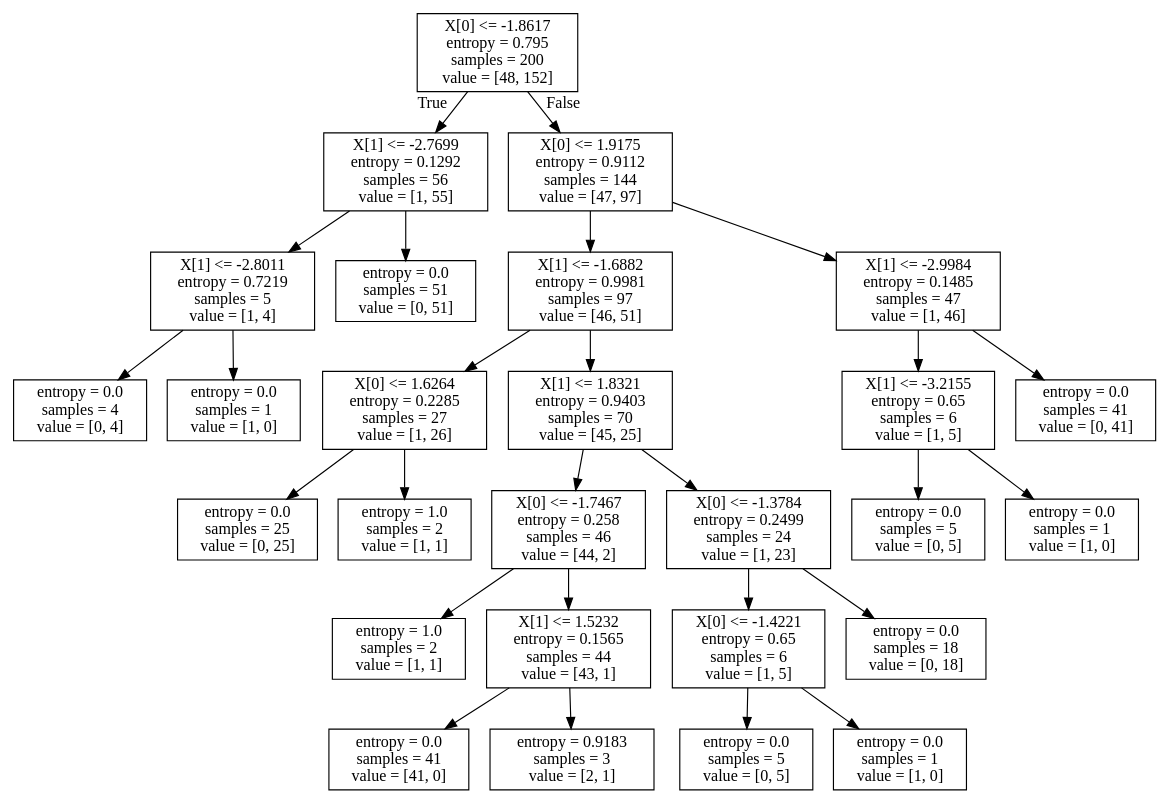
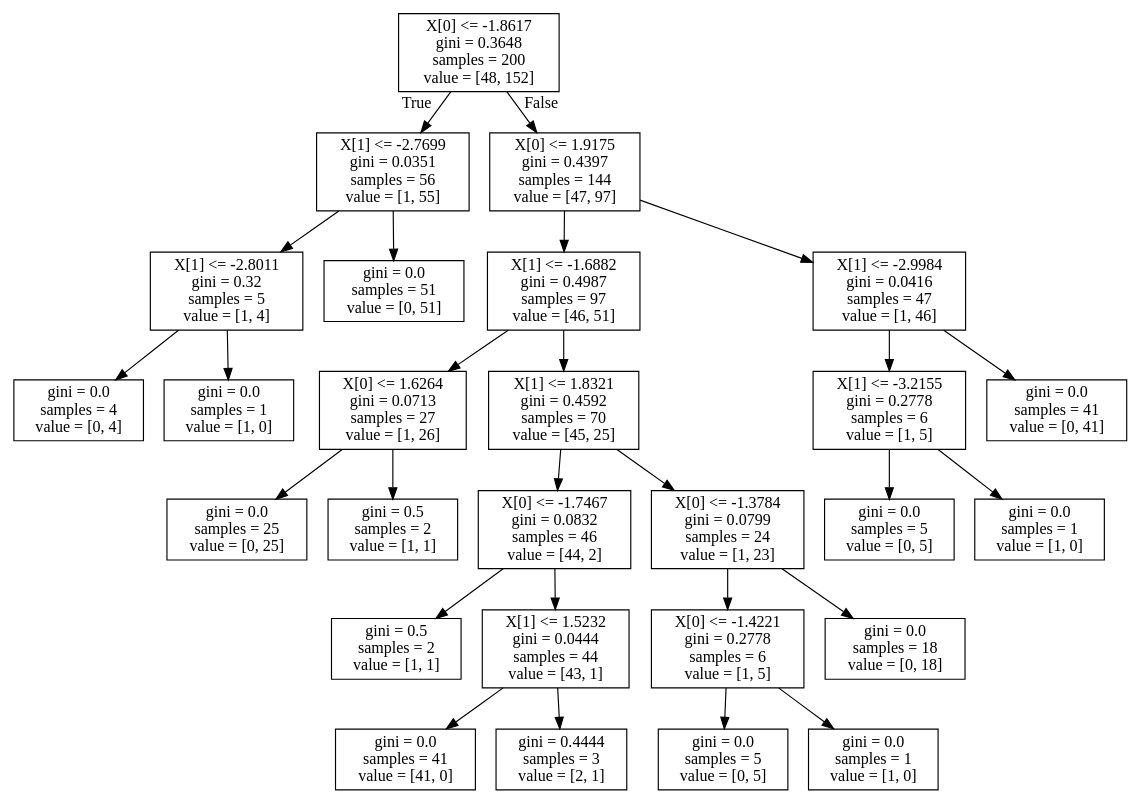
The diagram in tree.dot (kimiliu1992/CART), drawn with Graphviz before and after one commit. The commit also changed 4 other files, not shown here.

```diff
--- a/tree.dot
+++ b/tree.dot
@@ -1,56 +1,56 @@
 digraph Tree {
 node [shape=box] ;
-0 [label="X[0] <= -1.8617\nentropy = 0.795\nsamples = 200\nvalue = [48, 152]"] ;
-1 [label="X[1] <= -2.7699\nentropy = 0.1292\nsamples = 56\nvalue = [1, 55]"] ;
+0 [label="X[0] <= -1.8617\ngini = 0.3648\nsamples = 200\nvalue = [48, 152]"] ;
+1 [label="X[1] <= -2.7699\ngini = 0.0351\nsamples = 56\nvalue = [1, 55]"] ;
 0 -> 1 [labeldistance=2.5, labelangle=45, headlabel="True"] ;
-2 [label="X[1] <= -2.8011\nentropy = 0.7219\nsamples = 5\nvalue = [1, 4]"] ;
+2 [label="X[1] <= -2.8011\ngini = 0.32\nsamples = 5\nvalue = [1, 4]"] ;
 1 -> 2 ;
-3 [label="entropy = 0.0\nsamples = 4\nvalue = [0, 4]"] ;
+3 [label="gini = 0.0\nsamples = 4\nvalue = [0, 4]"] ;
 2 -> 3 ;
-4 [label="entropy = 0.0\nsamples = 1\nvalue = [1, 0]"] ;
+4 [label="gini = 0.0\nsamples = 1\nvalue = [1, 0]"] ;
 2 -> 4 ;
-5 [label="entropy = 0.0\nsamples = 51\nvalue = [0, 51]"] ;
+5 [label="gini = 0.0\nsamples = 51\nvalue = [0, 51]"] ;
 1 -> 5 ;
-6 [label="X[0] <= 1.9175\nentropy = 0.9112\nsamples = 144\nvalue = [47, 97]"] ;
+6 [label="X[0] <= 1.9175\ngini = 0.4397\nsamples = 144\nvalue = [47, 97]"] ;
 0 -> 6 [labeldistance=2.5, labelangle=-45, headlabel="False"] ;
-7 [label="X[1] <= -1.6882\nentropy = 0.9981\nsamples = 97\nvalue = [46, 51]"] ;
+7 [label="X[1] <= -1.6882\ngini = 0.4987\nsamples = 97\nvalue = [46, 51]"] ;
 6 -> 7 ;
-8 [label="X[0] <= 1.6264\nentropy = 0.2285\nsamples = 27\nvalue = [1, 26]"] ;
+8 [label="X[0] <= 1.6264\ngini = 0.0713\nsamples = 27\nvalue = [1, 26]"] ;
 7 -> 8 ;
-9 [label="entropy = 0.0\nsamples = 25\nvalue = [0, 25]"] ;
+9 [label="gini = 0.0\nsamples = 25\nvalue = [0, 25]"] ;
 8 -> 9 ;
-10 [label="entropy = 1.0\nsamples = 2\nvalue = [1, 1]"] ;
+10 [label="gini = 0.5\nsamples = 2\nvalue = [1, 1]"] ;
 8 -> 10 ;
-11 [label="X[1] <= 1.8321\nentropy = 0.9403\nsamples = 70\nvalue = [45, 25]"] ;
+11 [label="X[1] <= 1.8321\ngini = 0.4592\nsamples = 70\nvalue = [45, 25]"] ;
 7 -> 11 ;
-12 [label="X[0] <= -1.7467\nentropy = 0.258\nsamples = 46\nvalue = [44, 2]"] ;
+12 [label="X[0] <= -1.7467\ngini = 0.0832\nsamples = 46\nvalue = [44, 2]"] ;
 11 -> 12 ;
-13 [label="entropy = 1.0\nsamples = 2\nvalue = [1, 1]"] ;
+13 [label="gini = 0.5\nsamples = 2\nvalue = [1, 1]"] ;
 12 -> 13 ;
-14 [label="X[1] <= 1.5232\nentropy = 0.1565\nsamples = 44\nvalue = [43, 1]"] ;
+14 [label="X[1] <= 1.5232\ngini = 0.0444\nsamples = 44\nvalue = [43, 1]"] ;
 12 -> 14 ;
-15 [label="entropy = 0.0\nsamples = 41\nvalue = [41, 0]"] ;
+15 [label="gini = 0.0\nsamples = 41\nvalue = [41, 0]"] ;
 14 -> 15 ;
-16 [label="entropy = 0.9183\nsamples = 3\nvalue = [2, 1]"] ;
+16 [label="gini = 0.4444\nsamples = 3\nvalue = [2, 1]"] ;
 14 -> 16 ;
-17 [label="X[0] <= -1.3784\nentropy = 0.2499\nsamples = 24\nvalue = [1, 23]"] ;
+17 [label="X[0] <= -1.3784\ngini = 0.0799\nsamples = 24\nvalue = [1, 23]"] ;
 11 -> 17 ;
-18 [label="X[0] <= -1.4221\nentropy = 0.65\nsamples = 6\nvalue = [1, 5]"] ;
+18 [label="X[0] <= -1.4221\ngini = 0.2778\nsamples = 6\nvalue = [1, 5]"] ;
 17 -> 18 ;
-19 [label="entropy = 0.0\nsamples = 5\nvalue = [0, 5]"] ;
+19 [label="gini = 0.0\nsamples = 5\nvalue = [0, 5]"] ;
 18 -> 19 ;
-20 [label="entropy = 0.0\nsamples = 1\nvalue = [1, 0]"] ;
+20 [label="gini = 0.0\nsamples = 1\nvalue = [1, 0]"] ;
 18 -> 20 ;
-21 [label="entropy = 0.0\nsamples = 18\nvalue = [0, 18]"] ;
+21 [label="gini = 0.0\nsamples = 18\nvalue = [0, 18]"] ;
 17 -> 21 ;
-22 [label="X[1] <= -2.9984\nentropy = 0.1485\nsamples = 47\nvalue = [1, 46]"] ;
+22 [label="X[1] <= -2.9984\ngini = 0.0416\nsamples = 47\nvalue = [1, 46]"] ;
 6 -> 22 ;
-23 [label="X[1] <= -3.2155\nentropy = 0.65\nsamples = 6\nvalue = [1, 5]"] ;
+23 [label="X[1] <= -3.2155\ngini = 0.2778\nsamples = 6\nvalue = [1, 5]"] ;
 22 -> 23 ;
-24 [label="entropy = 0.0\nsamples = 5\nvalue = [0, 5]"] ;
+24 [label="gini = 0.0\nsamples = 5\nvalue = [0, 5]"] ;
 23 -> 24 ;
-25 [label="entropy = 0.0\nsamples = 1\nvalue = [1, 0]"] ;
+25 [label="gini = 0.0\nsamples = 1\nvalue = [1, 0]"] ;
 23 -> 25 ;
-26 [label="entropy = 0.0\nsamples = 41\nvalue = [0, 41]"] ;
+26 [label="gini = 0.0\nsamples = 41\nvalue = [0, 41]"] ;
 22 -> 26 ;
 }
```
